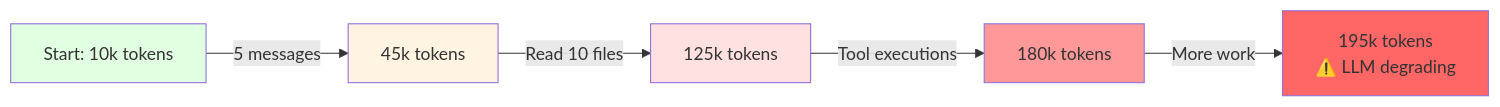
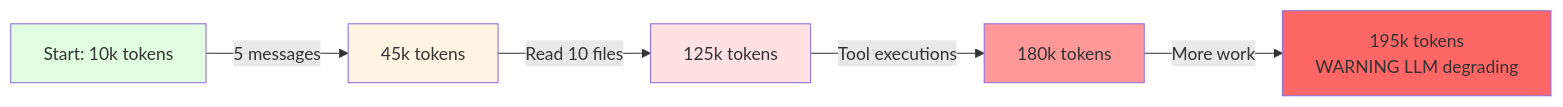
The third of 3 diagrams in docs/02_context.md (uz0/llm), drawn with Mermaid before and after one commit. The commit also changed other lines of this file and 16 other files, not shown here.

````diff
--- a/docs/02_context.md
+++ b/docs/02_context.md
@@ -276,13 +282,13 @@
 ```mermaid
 graph LR
     A["Start: 10k tokens"] -->|5 messages| B["45k tokens"]
     B -->|Read 10 files| C["125k tokens"]
     C -->|Tool executions| D["180k tokens"]
-    D -->|More work| E["195k tokens<br/>⚠️ LLM degrading"]
+    D -->|More work| E["195k tokens<br/>WARNING LLM degrading"]
 
     style A fill:#e1ffe1
     style B fill:#fff4e1
     style C fill:#ffe1e1
     style D fill:#ff9999
     style E fill:#ff6666
 ```
````
